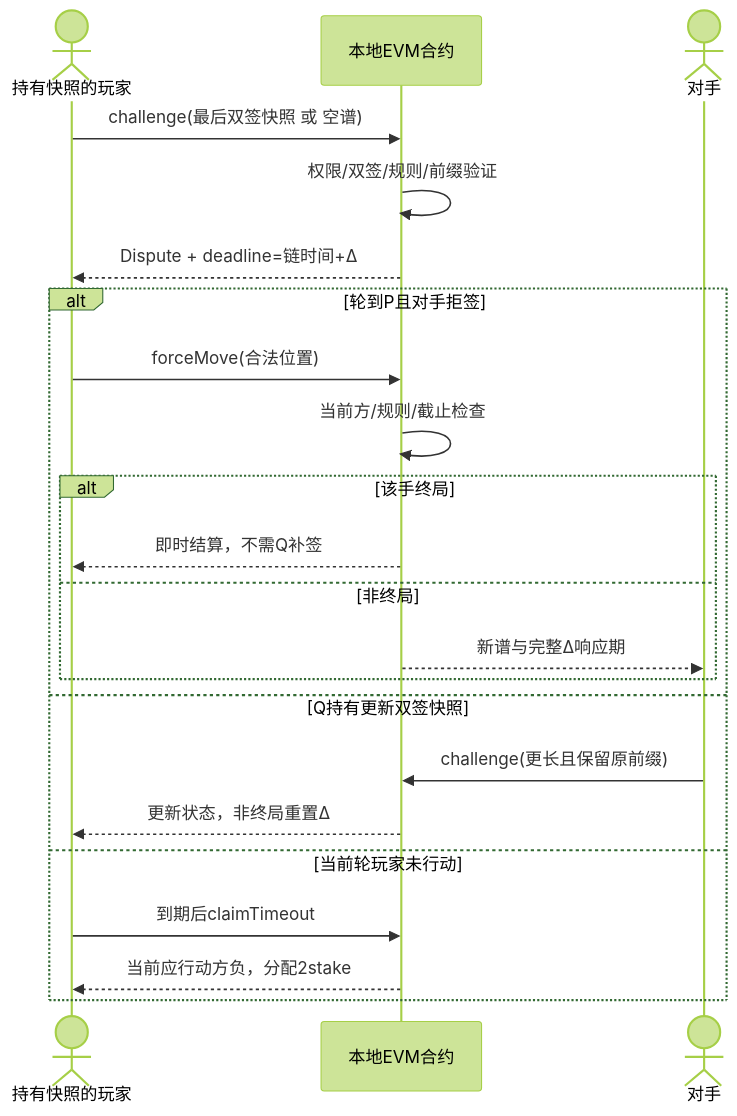
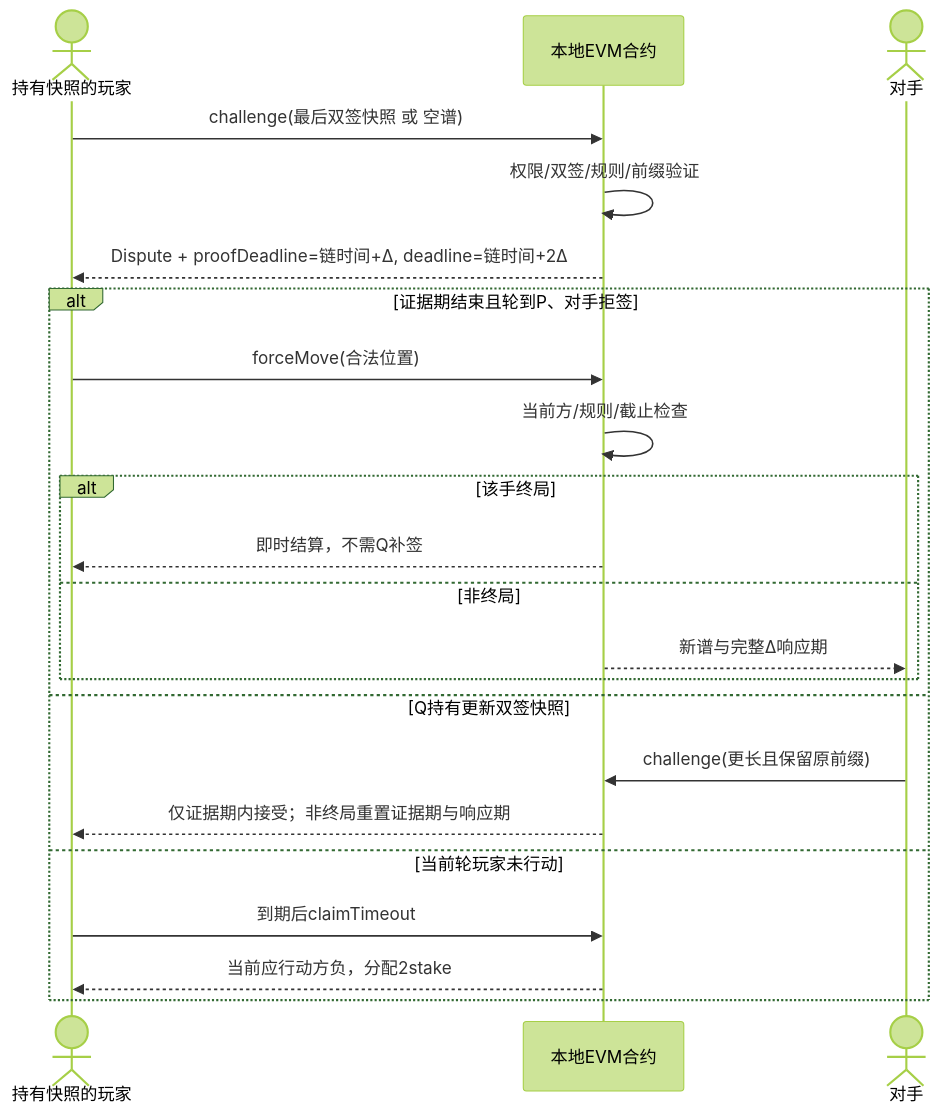
The fifth of 7 diagrams in docs/architecture.md (haisiiontam/YiXin), drawn with Mermaid (forest theme) before and after one commit. The commit also changed other lines of this file and 122 other files, not shown here.

````diff
--- a/docs/architecture.md
+++ b/docs/architecture.md
@@ -267,24 +268,24 @@
 ```mermaid
 sequenceDiagram
   actor P as 持有快照的玩家
   participant C as 本地EVM合约
   actor Q as 对手
   P->>C: challenge(最后双签快照 或 空谱)
   C->>C: 权限/双签/规则/前缀验证
-  C-->>P: Dispute + deadline=链时间+Δ
-  alt 轮到P且对手拒签
+  C-->>P: Dispute + proofDeadline=链时间+Δ, deadline=链时间+2Δ
+  alt 证据期结束且轮到P、对手拒签
     P->>C: forceMove(合法位置)
     C->>C: 当前方/规则/截止检查
     alt 该手终局
       C-->>P: 即时结算，不需Q补签
     else 非终局
       C-->>Q: 新谱与完整Δ响应期
     end
   else Q持有更新双签快照
     Q->>C: challenge(更长且保留原前缀)
-    C-->>P: 更新状态，非终局重置Δ
+    C-->>P: 仅证据期内接受；非终局重置证据期与响应期
   else 当前轮玩家未行动
     P->>C: 到期后claimTimeout
     C-->>P: 当前应行动方负，分配2stake
   end
 ```
````
